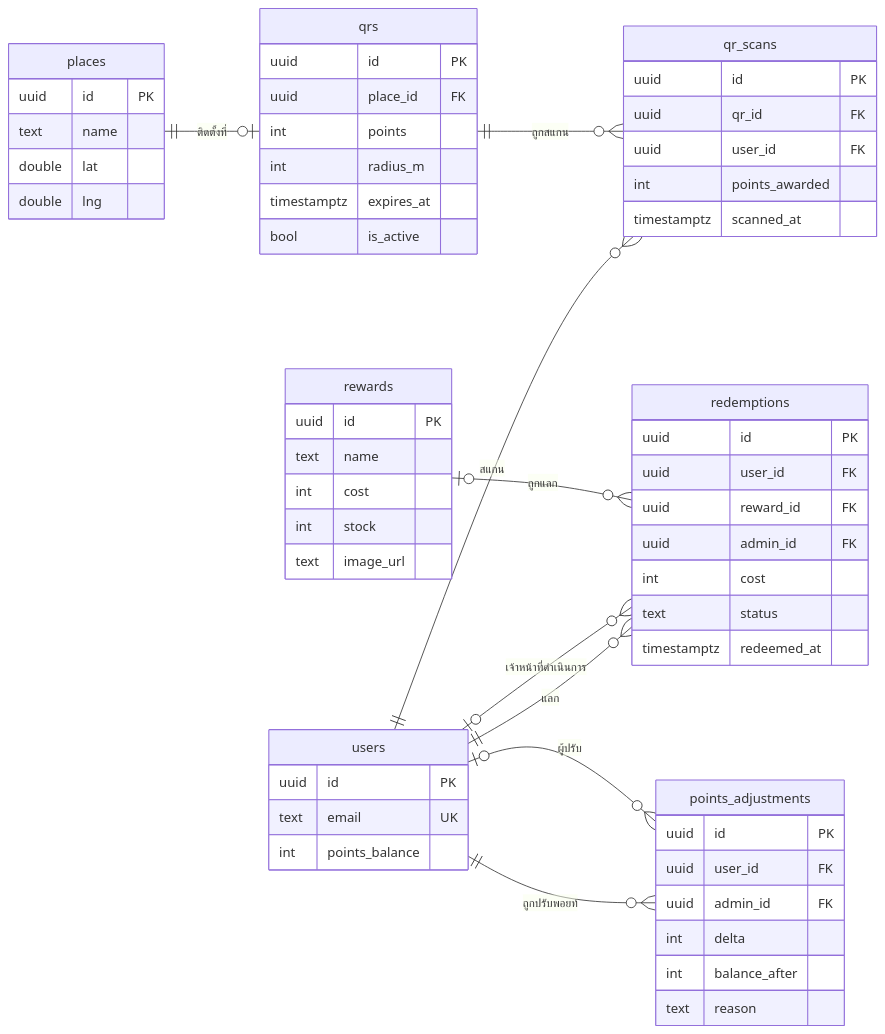
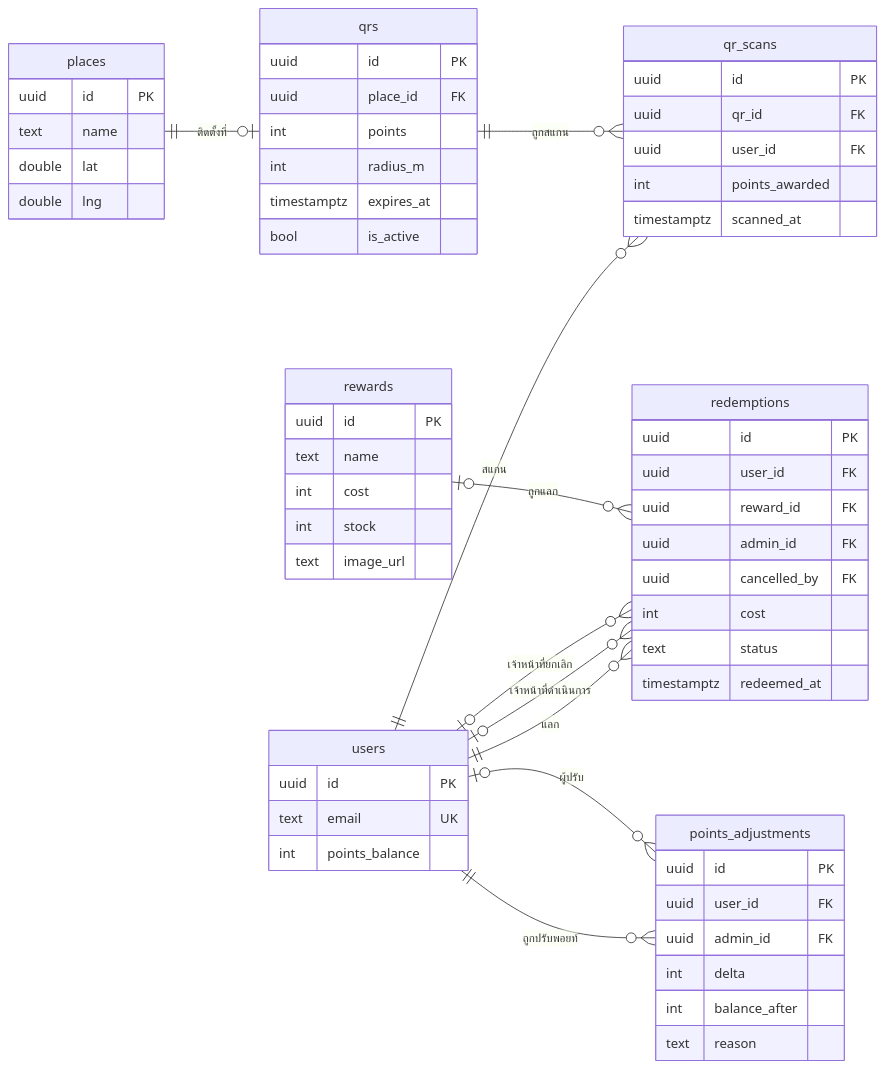
Before and after one commit to Poeir/docs-project1: the diagram in report/images/erd/erd-2-points.mmd, drawn with Mermaid. The commit also changed 11 other files, not shown here.

```diff
--- a/report/images/erd/erd-2-points.mmd
+++ b/report/images/erd/erd-2-points.mmd
@@ -1,61 +1,63 @@
 erDiagram
     direction LR
     users ||--o{ qr_scans : "สแกน"
     users ||--o{ redemptions : "แลก"
     users |o--o{ redemptions : "เจ้าหน้าที่ดำเนินการ"
+    users |o--o{ redemptions : "เจ้าหน้าที่ยกเลิก"
     users ||--o{ points_adjustments : "ถูกปรับพอยท์"
     users |o--o{ points_adjustments : "ผู้ปรับ"
     places ||--o| qrs : "ติดตั้งที่"
     qrs ||--o{ qr_scans : "ถูกสแกน"
     rewards |o--o{ redemptions : "ถูกแลก"
 
     users {
         uuid id PK
         text email UK
         int points_balance
     }
     places {
         uuid id PK
         text name
         double lat
         double lng
     }
     qrs {
         uuid id PK
         uuid place_id FK
         int points
         int radius_m
         timestamptz expires_at
         bool is_active
     }
     qr_scans {
         uuid id PK
         uuid qr_id FK
         uuid user_id FK
         int points_awarded
         timestamptz scanned_at
     }
     rewards {
         uuid id PK
         text name
         int cost
         int stock
         text image_url
     }
     redemptions {
         uuid id PK
         uuid user_id FK
         uuid reward_id FK
         uuid admin_id FK
+        uuid cancelled_by FK
         int cost
         text status
         timestamptz redeemed_at
     }
     points_adjustments {
         uuid id PK
         uuid user_id FK
         uuid admin_id FK
         int delta
         int balance_after
         text reason
     }
```
